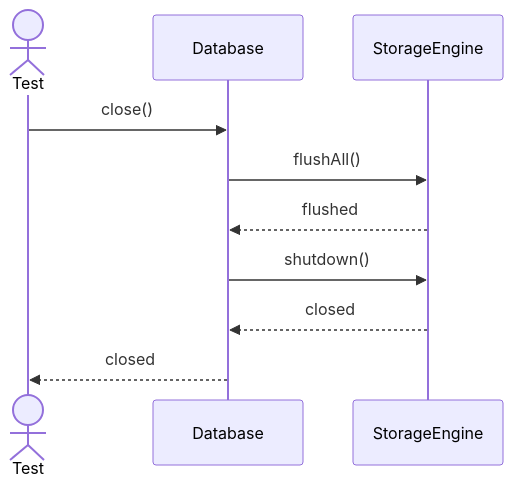
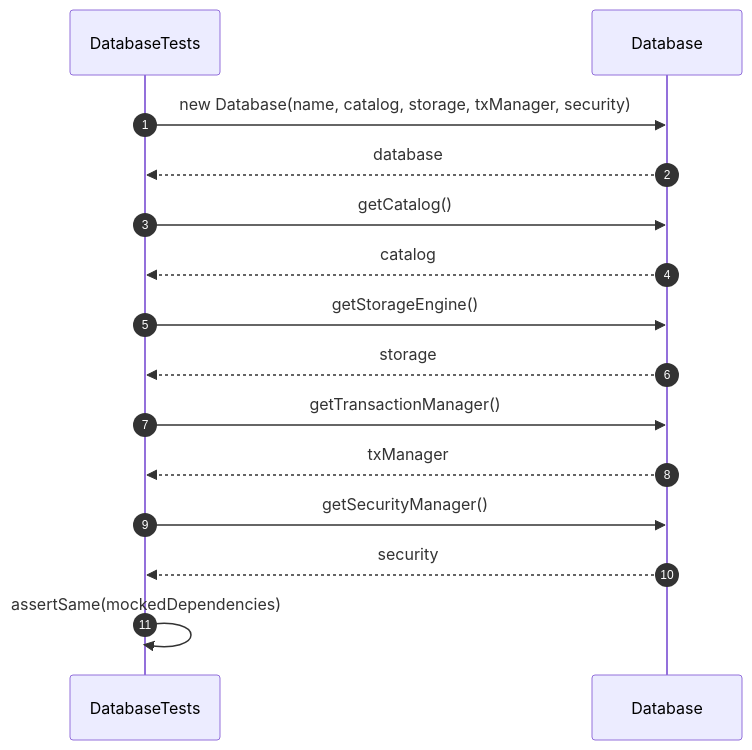
One commit to FhuAnn/-bbv-AN-s-DBMS changed the second of 25 diagrams in src/tests/unit/database/sequences/database-testing.se.md. Above: the diagram before and after it, drawn with Mermaid. The commit also changed other lines of this file and 28 other files, not shown here.

Commit message:
edit db sequence, dbtest

````diff
--- a/src/tests/unit/database/sequences/database-testing.se.md
+++ b/src/tests/unit/database/sequences/database-testing.se.md
@@ -26,13 +30,24 @@
 ```mermaid
 sequenceDiagram
-actor Test
-participant Database
-participant StorageEngine
+    autonumber
 
-Test->>Database: close()
-Database->>StorageEngine: flushAll()
-StorageEngine-->>Database: flushed
-Database->>StorageEngine: shutdown()
-StorageEngine-->>Database: closed
-Database-->>Test: closed
+    participant Test as DatabaseTests
+    participant Database
+
+    Test->>Database: new Database(name, catalog, storage, txManager, security)
+    Database-->>Test: database
+
+    Test->>Database: getCatalog()
+    Database-->>Test: catalog
+
+    Test->>Database: getStorageEngine()
+    Database-->>Test: storage
+
+    Test->>Database: getTransactionManager()
+    Database-->>Test: txManager
+
+    Test->>Database: getSecurityManager()
+    Database-->>Test: security
+
+    Test->>Test: assertSame(mockedDependencies)
 ```
````
